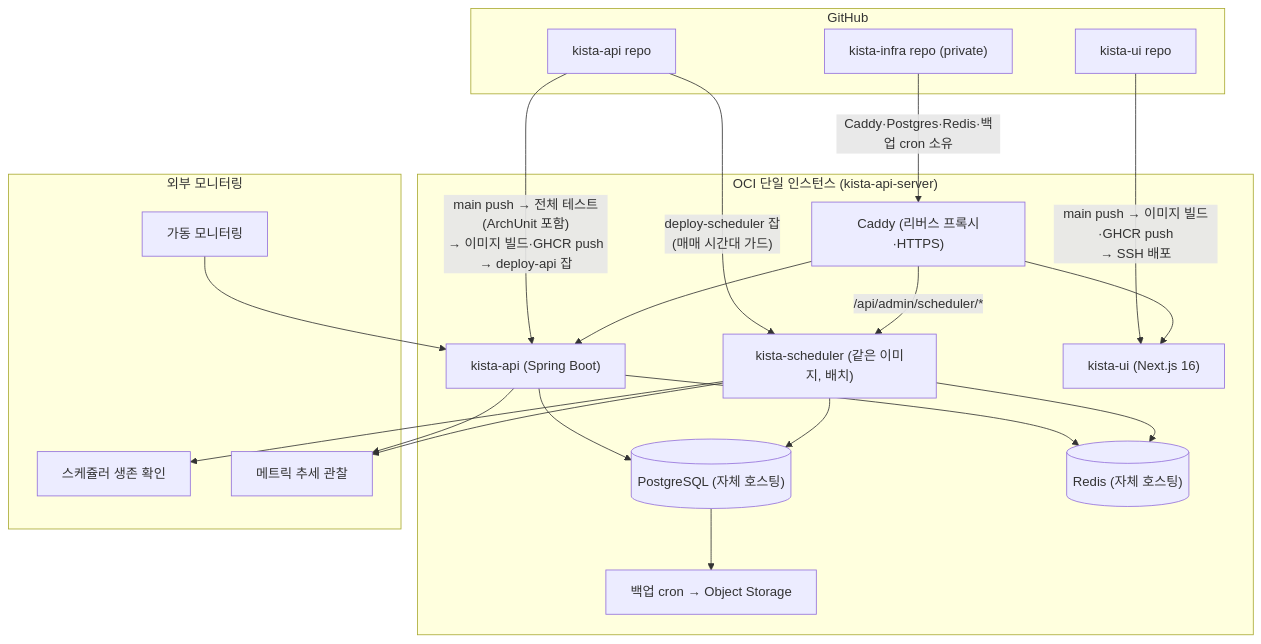
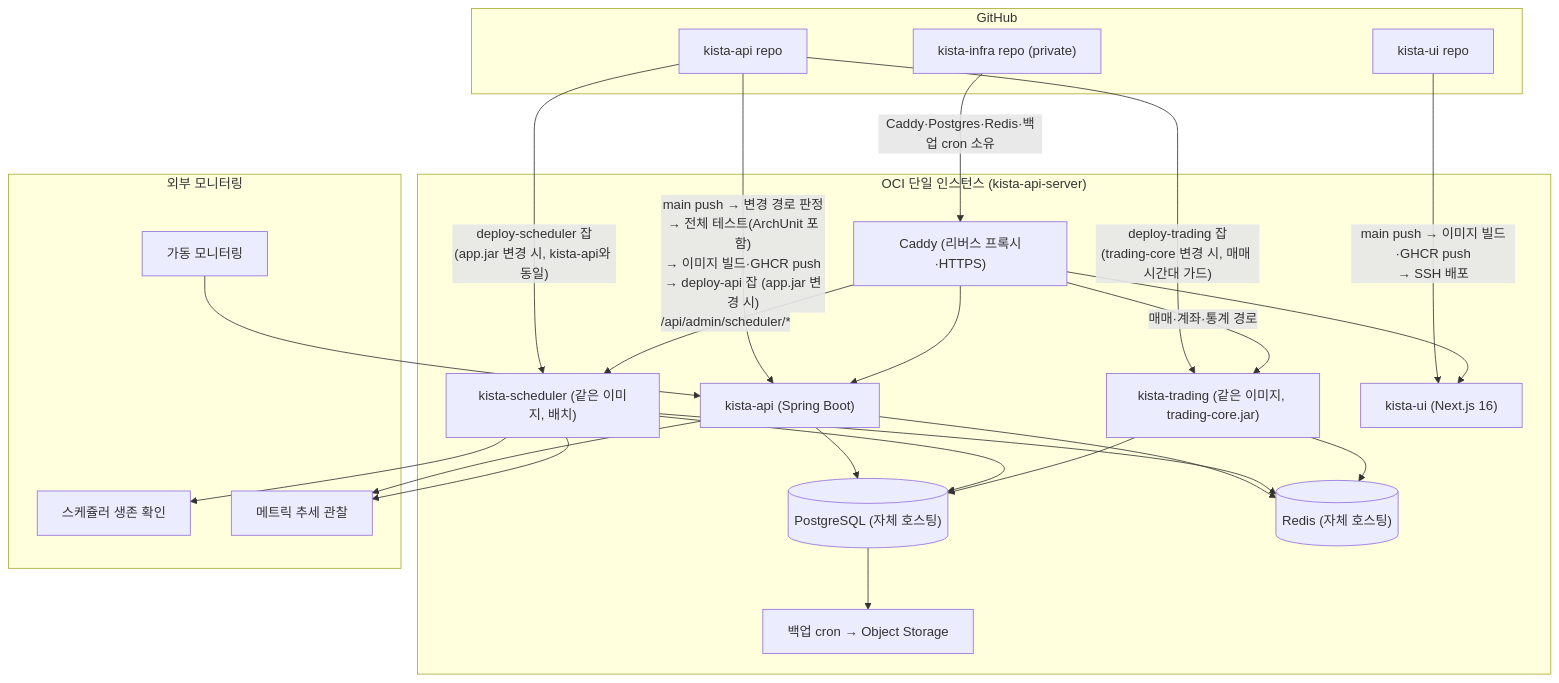
The third of 3 diagrams in README.md (narafu/kista-api), drawn with Mermaid before and after one commit. The commit also changed 2 other files, not shown here.

Commit message:
docs: 역할별 배포 게이팅 반영 + 배포 서술 드리프트 정정
- docker-infra.md: 변경 경로 게이팅 절 신설, 2-role 서술을 3-role(kista-trading 포함)로 정정,
  매매 시간대 가드 소속을 deploy-scheduler에서 deploy-trading으로, EPR 재발행 소유를 kista-trading으로 정정
- constraints.md: 게이팅으로 deploy-trading이 아예 안 도는 경우 가드가 발동하지 않는다는 점 명시
- README 배포 다이어그램: kista-trading 노드·배포/Caddy/PG/Redis 간선 추가, 경로 판정 반영

````diff
--- a/README.md
+++ b/README.md
@@ -90,41 +90,46 @@
 ```mermaid
 graph TB
     subgraph GH["GitHub"]
         RepoUI["kista-ui repo"]
         RepoAPI["kista-api repo"]
         RepoInfra["kista-infra repo (private)"]
     end
 
     subgraph OciInfra["OCI 단일 인스턴스 (kista-api-server)"]
         Caddy["Caddy (리버스 프록시·HTTPS)"]
         APIApp["kista-api (Spring Boot)"]
         SchedApp["kista-scheduler (같은 이미지, 배치)"]
+        TradingApp["kista-trading (같은 이미지, trading-core.jar)"]
         UIApp["kista-ui (Next.js 16)"]
         PG[("PostgreSQL (자체 호스팅)")]
         Redis[("Redis (자체 호스팅)")]
         Backup["백업 cron → Object Storage"]
     end
 
     subgraph Monitoring["외부 모니터링"]
         Uptime["가동 모니터링"]
         HC["스케쥴러 생존 확인"]
         Grafana["메트릭 추세 관찰"]
     end
 
     RepoUI -->|"main push → 이미지 빌드·GHCR push<br/>→ SSH 배포"| UIApp
-    RepoAPI -->|"main push → 전체 테스트(ArchUnit 포함)<br/>→ 이미지 빌드·GHCR push<br/>→ deploy-api 잡"| APIApp
-    RepoAPI -->|"deploy-scheduler 잡<br/>(매매 시간대 가드)"| SchedApp
+    RepoAPI -->|"main push → 변경 경로 판정<br/>→ 전체 테스트(ArchUnit 포함)<br/>→ 이미지 빌드·GHCR push<br/>→ deploy-api 잡 (app.jar 변경 시)"| APIApp
+    RepoAPI -->|"deploy-scheduler 잡<br/>(app.jar 변경 시, kista-api와 동일)"| SchedApp
+    RepoAPI -->|"deploy-trading 잡<br/>(trading-core 변경 시, 매매 시간대 가드)"| TradingApp
     RepoInfra -->|"Caddy·Postgres·Redis·백업 cron 소유"| Caddy
     Caddy --> APIApp
     Caddy -->|"/api/admin/scheduler/*"| SchedApp
+    Caddy -->|"매매·계좌·통계 경로"| TradingApp
     Caddy --> UIApp
     APIApp --> PG
     SchedApp --> PG
+    TradingApp --> PG
     APIApp --> Redis
     SchedApp --> Redis
+    TradingApp --> Redis
     PG --> Backup
     Uptime --> APIApp
     SchedApp --> HC
     APIApp --> Grafana
     SchedApp --> Grafana
 ```
````
